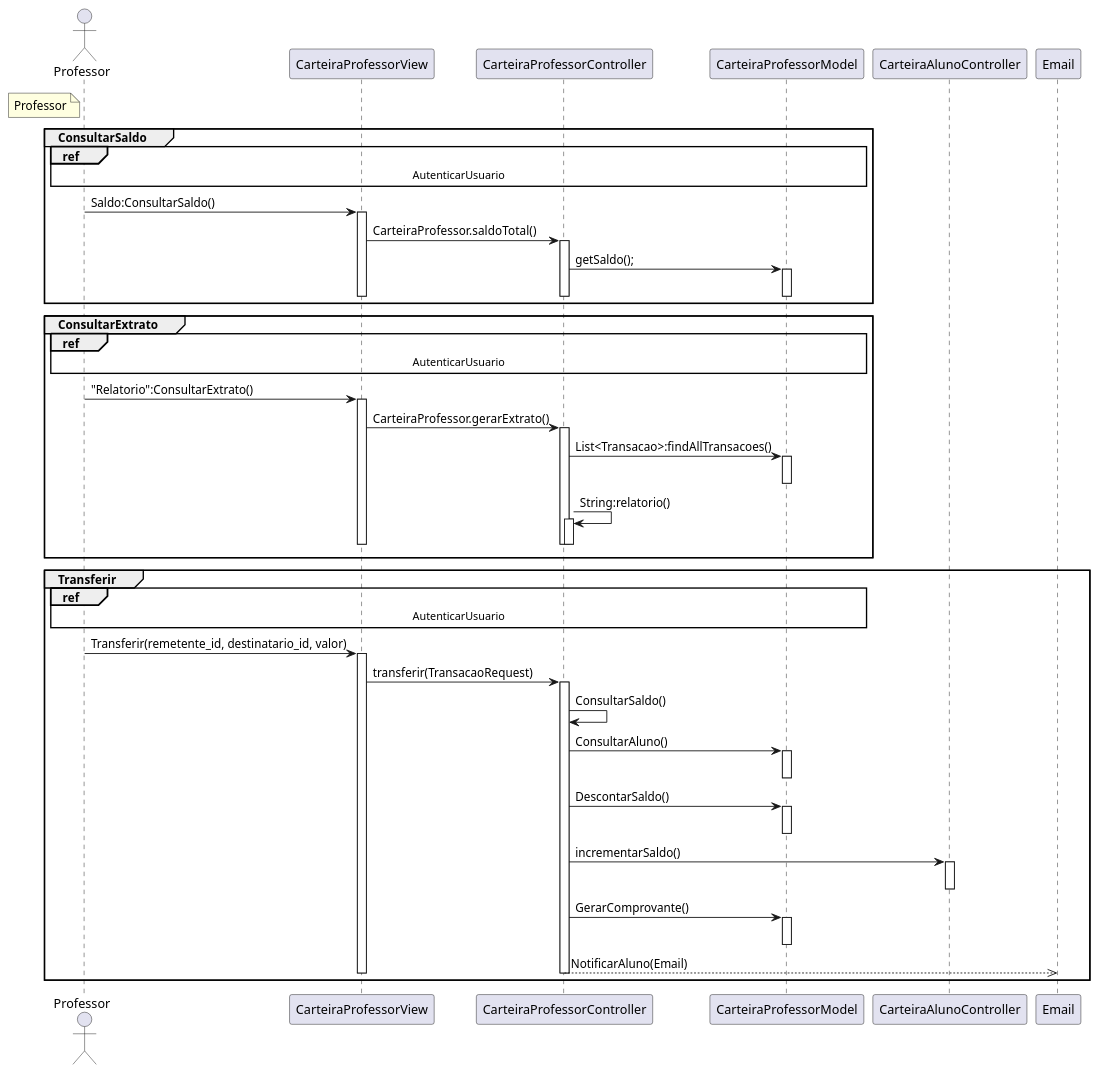
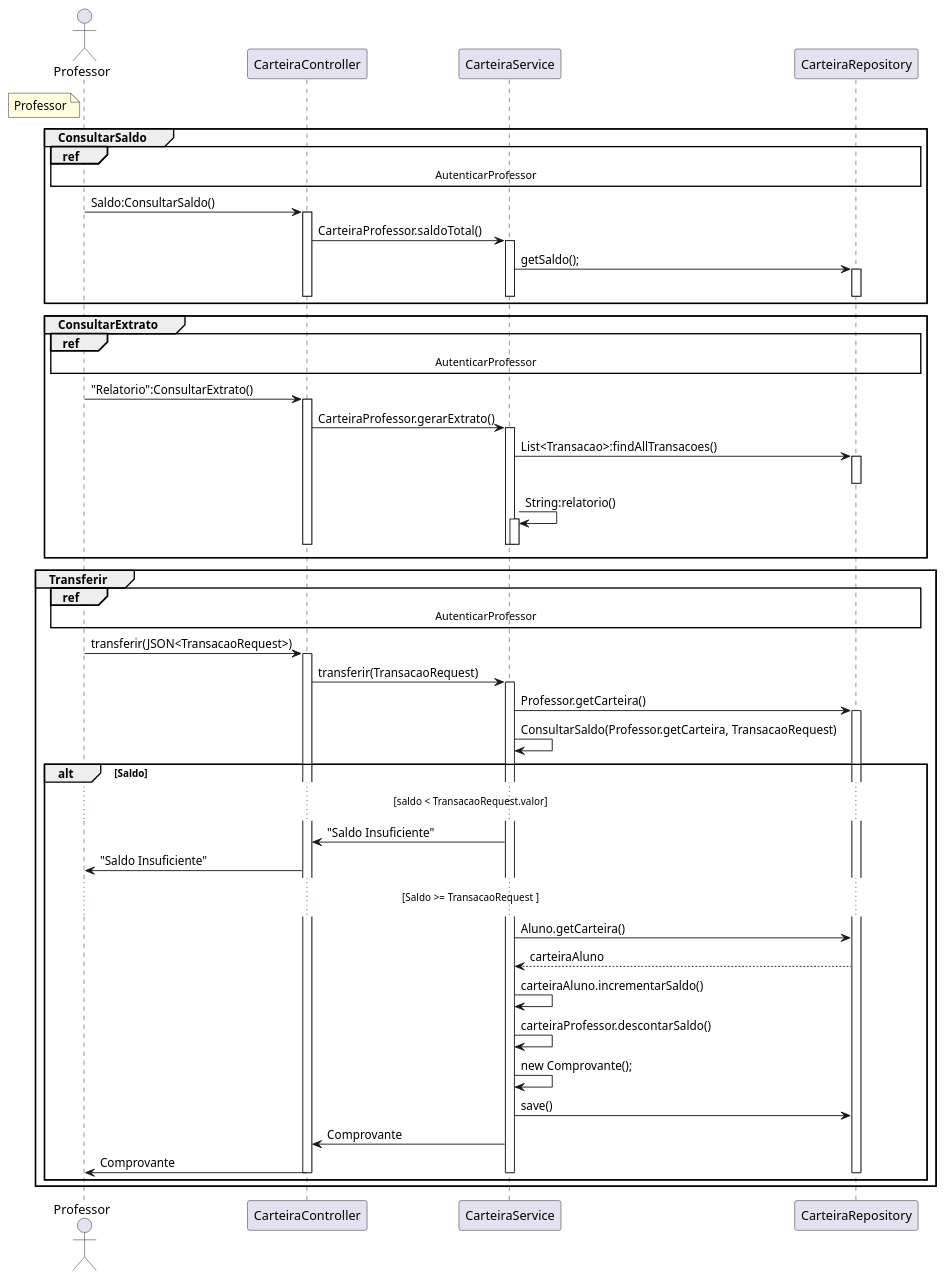
The diagram in laboratorio-4/sprint-3/projeto/plantuml/sequencia/Professor.plantuml (G4BR-13-L/lab-desenvolvimento-de-software), drawn with PlantUML before and after one commit. The commit also changed 3 other files, not shown here.

Commit message:
Atualização de mais diagramas

```diff
--- a/laboratorio-4/sprint-3/projeto/plantuml/sequencia/Professor.plantuml
+++ b/laboratorio-4/sprint-3/projeto/plantuml/sequencia/Professor.plantuml
@@ -1,69 +1,73 @@
 @startuml Professor
 
 actor "Professor" as Professor
 note left of Professor #LightYellow
     Professor
 end note
 
-participant "CarteiraProfessorView" as CarteiraProfessorView
-participant "CarteiraProfessorController" as CarteiraProfessorController
-participant "CarteiraProfessorModel" as CarteiraProfessorModel
+participant "CarteiraController" as CarteiraController
+participant "CarteiraService" as CarteiraService
+participant "CarteiraRepository" as CarteiraRepository
 
 group ConsultarSaldo
-    ref over Professor,CarteiraProfessorView, CarteiraProfessorController, CarteiraProfessorModel : AutenticarUsuario
-    Professor -> CarteiraProfessorView : Saldo:ConsultarSaldo()
-    activate CarteiraProfessorView
-    CarteiraProfessorView -> CarteiraProfessorController : CarteiraProfessor.saldoTotal()
-    activate CarteiraProfessorController
-    CarteiraProfessorController -> CarteiraProfessorModel : getSaldo();
-    activate CarteiraProfessorModel
-    deactivate CarteiraProfessorModel
-    deactivate CarteiraProfessorController
-    deactivate CarteiraProfessorView
+    ref over Professor,CarteiraController, CarteiraService, CarteiraRepository : AutenticarProfessor
+    Professor -> CarteiraController : Saldo:ConsultarSaldo()
+    activate CarteiraController
+    CarteiraController -> CarteiraService : CarteiraProfessor.saldoTotal()
+    activate CarteiraService
+    CarteiraService -> CarteiraRepository : getSaldo();
+    activate CarteiraRepository
+    deactivate CarteiraRepository
+    deactivate CarteiraService
+    deactivate CarteiraController
 end
 
 group ConsultarExtrato
-    ref over Professor,CarteiraProfessorView, CarteiraProfessorController, CarteiraProfessorModel : AutenticarUsuario
-    Professor -> CarteiraProfessorView : "Relatorio":ConsultarExtrato()
-    activate CarteiraProfessorView
-    CarteiraProfessorView -> CarteiraProfessorController : CarteiraProfessor.gerarExtrato()
-    activate CarteiraProfessorController
-    CarteiraProfessorController -> CarteiraProfessorModel : List<Transacao>:findAllTransacoes()
-    activate CarteiraProfessorModel
-    deactivate CarteiraProfessorModel
-    CarteiraProfessorController -> CarteiraProfessorController : String:relatorio()
-    activate CarteiraProfessorController
-    deactivate CarteiraProfessorController
-    deactivate CarteiraProfessorController
-    deactivate CarteiraProfessorView
+    ref over Professor,CarteiraController, CarteiraService, CarteiraRepository : AutenticarProfessor
+    Professor -> CarteiraController : "Relatorio":ConsultarExtrato()
+    activate CarteiraController
+    CarteiraController -> CarteiraService : CarteiraProfessor.gerarExtrato()
+    activate CarteiraService
+    CarteiraService -> CarteiraRepository : List<Transacao>:findAllTransacoes()
+    activate CarteiraRepository
+    deactivate CarteiraRepository
+    CarteiraService -> CarteiraService : String:relatorio()
+    activate CarteiraService
+    deactivate CarteiraService
+    deactivate CarteiraService
+    deactivate CarteiraController
 end
 
 group Transferir
-    ref over Professor,CarteiraProfessorView, CarteiraProfessorController, CarteiraProfessorModel : AutenticarUsuario
-    Professor -> CarteiraProfessorView :  Transferir(remetente_id, destinatario_id, valor)
-    activate CarteiraProfessorView
-    CarteiraProfessorView -> CarteiraProfessorController : transferir(TransacaoRequest)
-    activate CarteiraProfessorController
-    CarteiraProfessorController -> CarteiraProfessorController : ConsultarSaldo()
-    CarteiraProfessorController -> CarteiraProfessorModel : ConsultarAluno()
-    activate CarteiraProfessorModel
-    deactivate  CarteiraProfessorModel
-    CarteiraProfessorController -> CarteiraProfessorModel : DescontarSaldo()
-    activate CarteiraProfessorModel
-    deactivate CarteiraProfessorModel
-    CarteiraProfessorController -> CarteiraAlunoController: incrementarSaldo()
-    activate CarteiraAlunoController
-    deactivate CarteiraAlunoController
-    CarteiraProfessorController -> CarteiraProfessorModel : GerarComprovante()
-    activate CarteiraProfessorModel
-    deactivate CarteiraProfessorModel
-    CarteiraProfessorController -->> Email : NotificarAluno(Email)
-    deactivate CarteiraProfessorController
-    deactivate CarteiraProfessorView
+    ref over Professor,CarteiraController, CarteiraService, CarteiraRepository : AutenticarProfessor
+    Professor -> CarteiraController : transferir(JSON<TransacaoRequest>)
+    activate CarteiraController
+    CarteiraController -> CarteiraService : transferir(TransacaoRequest)
+    activate CarteiraService
+    CarteiraService -> CarteiraRepository : Professor.getCarteira()
+    activate CarteiraRepository
+    CarteiraService -> CarteiraService : ConsultarSaldo(Professor.getCarteira, TransacaoRequest)
+    alt Saldo
+        ...[saldo < TransacaoRequest.valor]...
+        CarteiraService -> CarteiraController : "Saldo Insuficiente"
+        CarteiraController -> Professor : "Saldo Insuficiente"
+        ...[Saldo >= TransacaoRequest ]...
+        CarteiraService -> CarteiraRepository : Aluno.getCarteira()
+        CarteiraRepository --> CarteiraService : carteiraAluno 
+        CarteiraService -> CarteiraService : carteiraAluno.incrementarSaldo()
+        CarteiraService -> CarteiraService : carteiraProfessor.descontarSaldo()
+        CarteiraService -> CarteiraService : new Comprovante();
+        CarteiraService -> CarteiraRepository : save()
+        CarteiraService -> CarteiraController : Comprovante
+        CarteiraController -> Professor : Comprovante
+    deactivate CarteiraRepository
+    deactivate CarteiraService
+    deactivate CarteiraController
+    end
 end
 ' --> Sincrono
 ' -->> Assincrono
 ' <-- Retorno Sincrono
 ' <<-- Retorno Assíncrono
 
 @enduml
```
